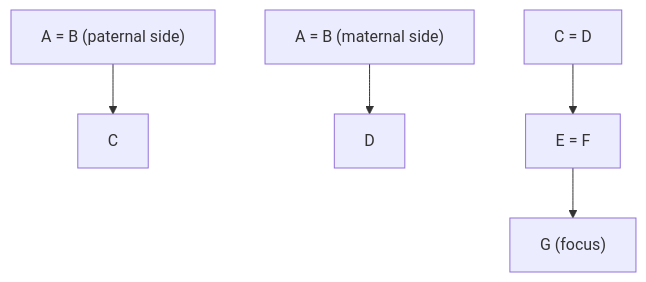
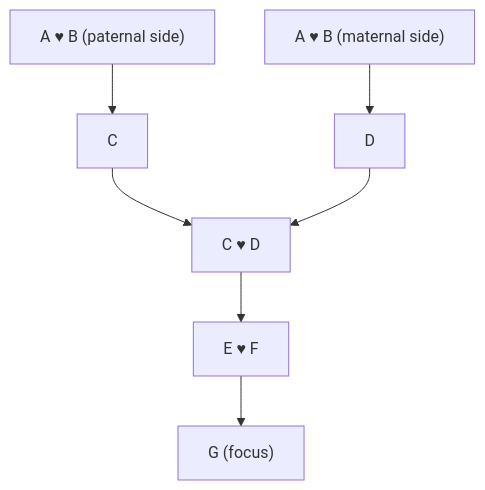
One commit to san650/ancestry changed the second of 13 diagrams in lib/ancestry/people/CLAUDE.md. Above: the diagram before and after it, drawn with Mermaid. The commit also changed other lines of this file, not shown here.

Commit message:
Improve the graphs

````diff
--- a/lib/ancestry/people/CLAUDE.md
+++ b/lib/ancestry/people/CLAUDE.md
@@ -50,10 +51,11 @@
 ```mermaid
-graph TD
-    Left["A = B (paternal side)"]
-    Right["A = B (maternal side)"]
+flowchart TD
+    Left["A ♥ B (paternal side)"]
+    Right["A ♥ B (maternal side)"]
     Left --> C
     Right --> D
-    Couple["C = D"]
-    Couple --> E["E = F"]
-    E --> G["G (focus)"]
+    C --> Couple["C ♥ D"]
+    D --> Couple
+    Couple --> EF["E ♥ F"]
+    EF --> G["G (focus)"]
 ```
````
